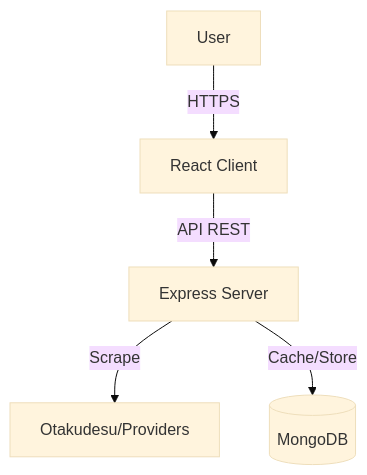
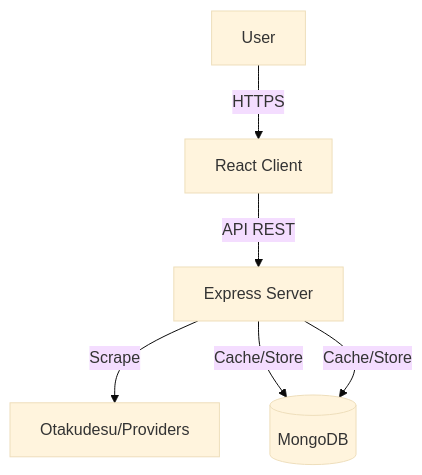
Before and after one commit to ilhambintang17/SenpaiStream: the first of 2 diagrams in README.md, drawn with Mermaid (base theme). The commit also changed other lines of this file, not shown here.

Commit message:
Docs: Add User Flow diagram

````diff
--- a/README.md
+++ b/README.md
@@ -51,7 +51,8 @@
 ```mermaid
 graph TD
     User[User] -->|HTTPS| Frontend[React Client]
     Frontend -->|API REST| Backend[Express Server]
     Backend -->|Scrape| Source[Otakudesu/Providers]
     Backend -->|Cache/Store| DB[(MongoDB)]
+    Backend -->|Cache/Store| DB[(MongoDB)]
 ```
````
